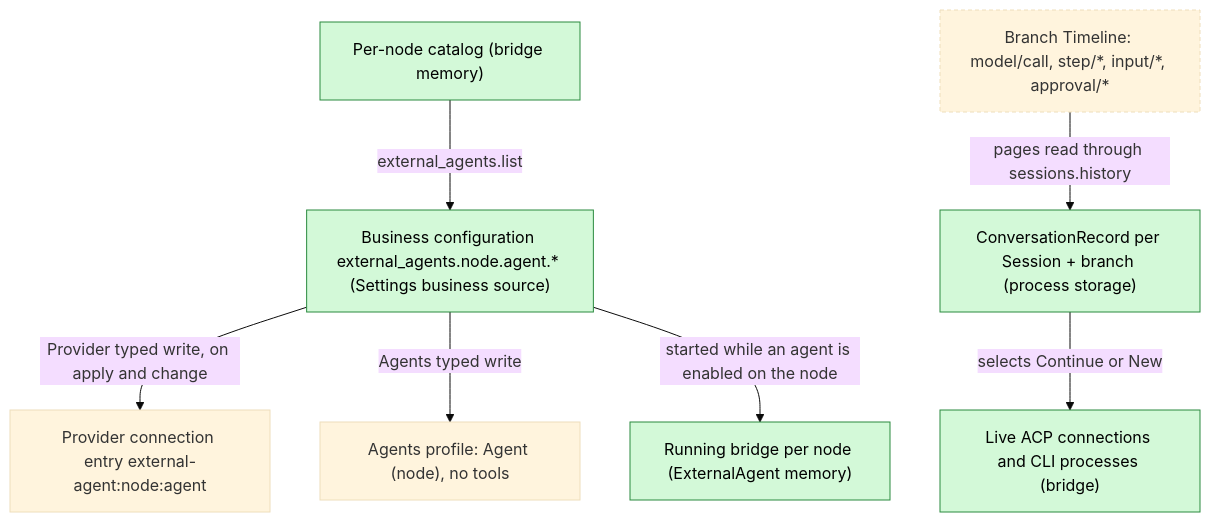
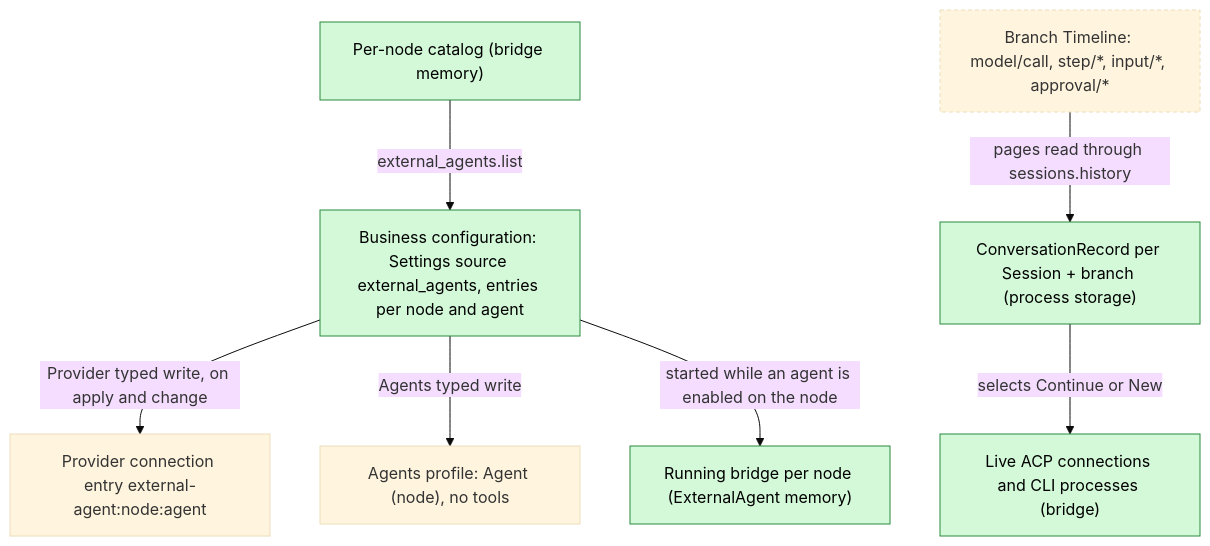
Before and after one commit to CoutinhoTTS/dim-agent: the second of 5 diagrams in docs/design/plugins/ExternalAgent.md, drawn with Mermaid (base theme). The commit also changed other lines of this file and 27 other files, not shown here.

````diff
--- a/docs/design/plugins/ExternalAgent.md
+++ b/docs/design/plugins/ExternalAgent.md
@@ -56,19 +56,19 @@
 ```mermaid
 flowchart TB
   classDef new fill:#d3f9d8,stroke:#2b8a3e,color:#000
   classDef contract stroke-dasharray:4 3
-  Cfg["Business configuration external_agents.node.agent.* (Settings business source)"]:::new
+  Cfg["Business configuration: Settings source external_agents, entries per node and agent"]:::new
   Br["Running bridge per node (ExternalAgent memory)"]:::new
   Conn["Provider connection entry external-agent:node:agent"]
   Prof["Agents profile: Agent (node), no tools"]
   Rec["ConversationRecord per Session + branch (process storage)"]:::new
   Cat["Per-node catalog (bridge memory)"]:::new
   Live["Live ACP connections and CLI processes (bridge)"]:::new
   TL["Branch Timeline: model/call, step/*, input/*, approval/*"]:::contract
   Cfg -->|"Provider typed write, on apply and change"| Conn
   Cfg -->|"Agents typed write"| Prof
   Cfg -->|"started while an agent is enabled on the node"| Br
   TL -->|"pages read through sessions.history"| Rec
   Rec -->|"selects Continue or New"| Live
   Cat -->|"external_agents.list"| Cfg
 ```
````
